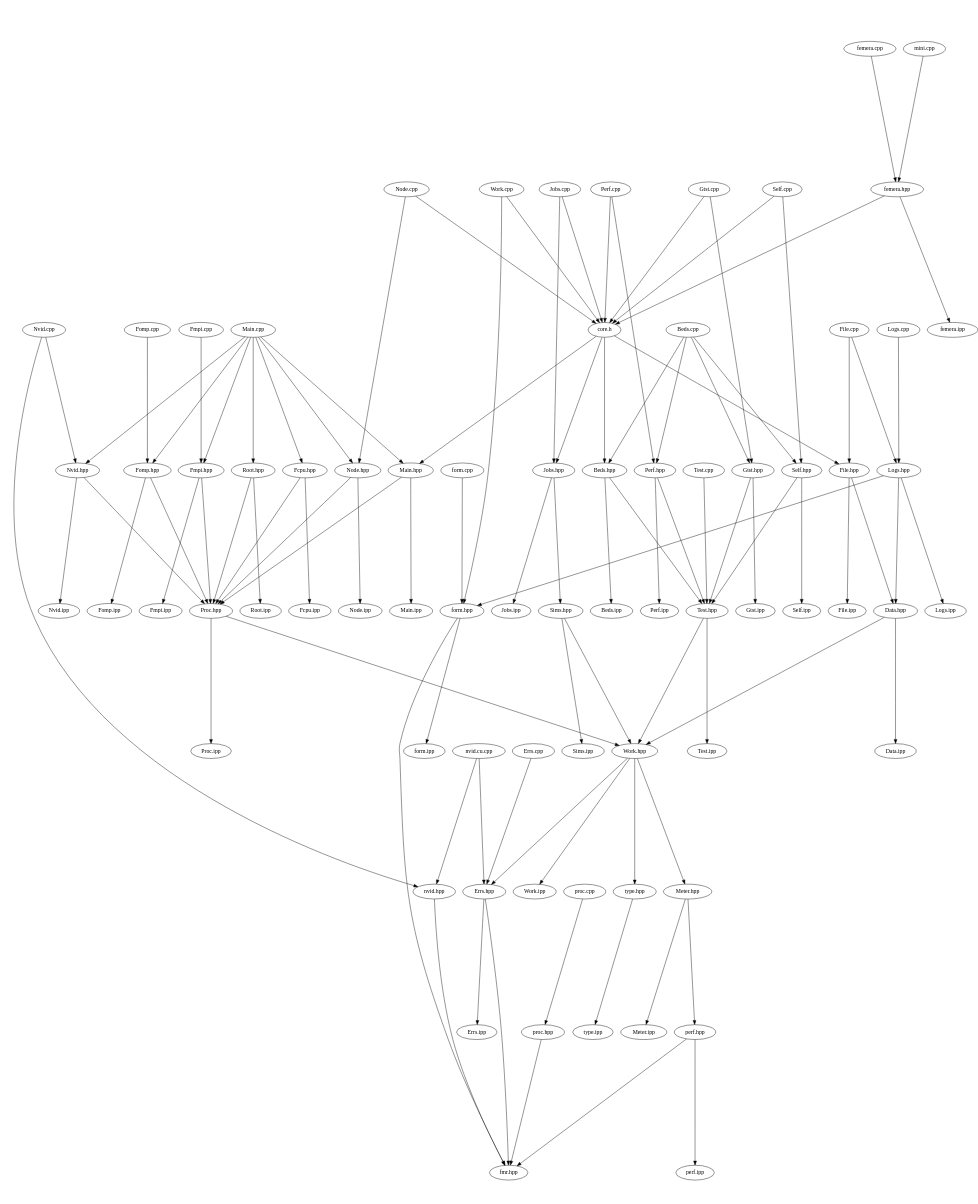
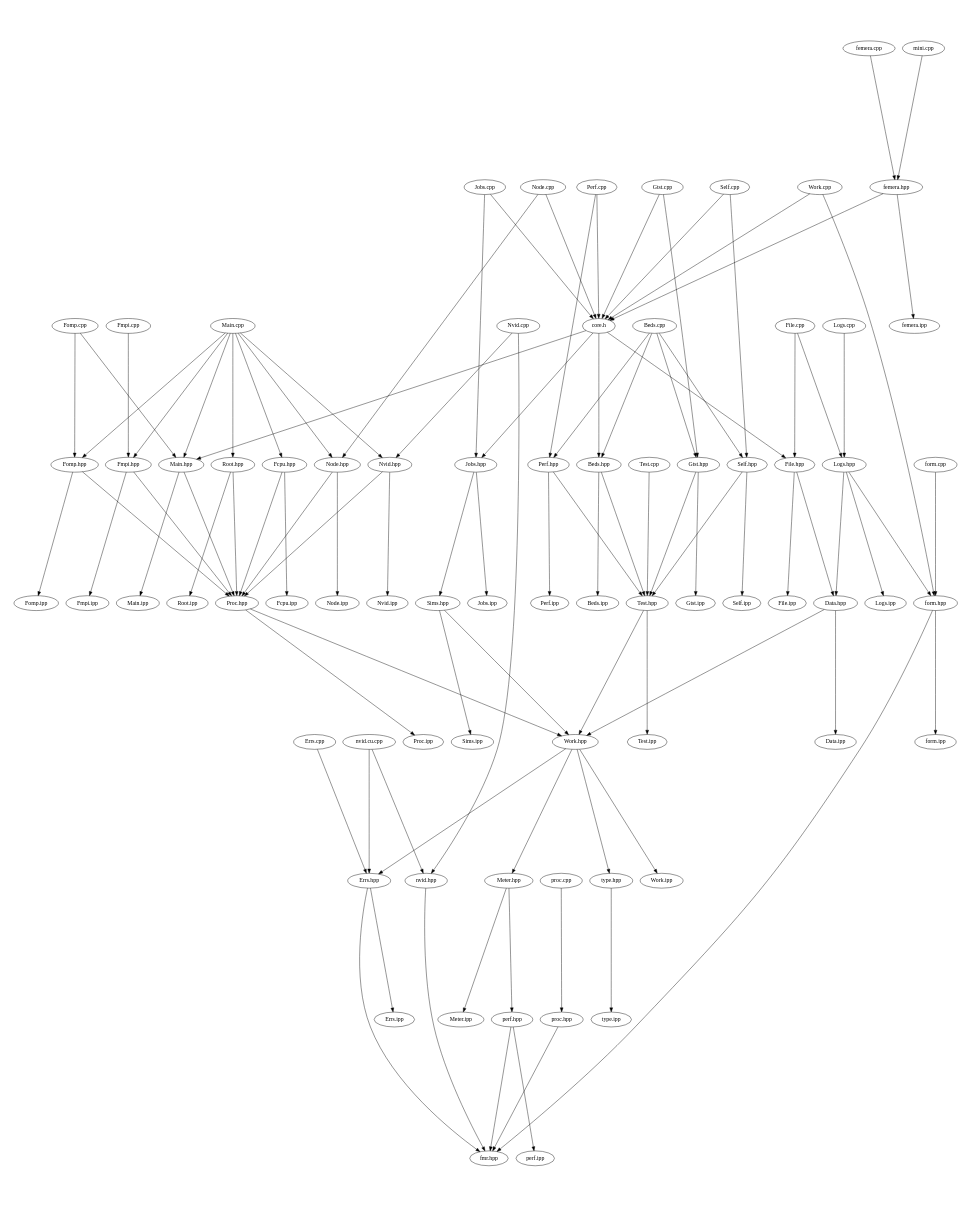
The diagram in src/docs/src-notest.dot (waggyz/femera-mini-app), drawn with Graphviz before and after one commit. The commit also changed 11 other files, not shown here.

```diff
--- a/src/docs/src-notest.dot
+++ b/src/docs/src-notest.dot
@@ -1,104 +1,105 @@
 digraph "source tree" {
     overlap=scale;
     size="8,10";
     ratio="fill";
     fontsize="16";
     fontname="Helvetica";
 	clusterrank="local";
 	"Perf.cpp" -> "core.h"
 	"Gtst.cpp" -> "core.h"
 	"Meter.hpp" -> "perf.hpp"
 	"Main.cpp" -> "Fomp.hpp"
 	"Sims.hpp" -> "Work.hpp"
 	"Errs.cpp" -> "Errs.hpp"
 	"femera.cpp" -> "femera.hpp"
 	"Work.hpp" -> "Errs.hpp"
 	"Fmpi.hpp" -> "Fmpi.ipp"
 	"Sims.hpp" -> "Sims.ipp"
 	"Jobs.hpp" -> "Jobs.ipp"
 	"Nvid.hpp" -> "Nvid.ipp"
 	"Fomp.cpp" -> "Fomp.hpp"
 	"Logs.cpp" -> "Logs.hpp"
 	"nvid.cu.cpp" -> "nvid.hpp"
 	"proc.hpp" -> "fmr.hpp"
 	"Nvid.hpp" -> "Proc.hpp"
 	"Root.hpp" -> "Proc.hpp"
 	"Main.cpp" -> "Node.hpp"
 	"Main.cpp" -> "Main.hpp"
 	"Proc.hpp" -> "Proc.ipp"
 	"Perf.hpp" -> "Perf.ipp"
 	"Perf.hpp" -> "Test.hpp"
 	"Beds.cpp" -> "Gtst.hpp"
 	"Node.cpp" -> "Node.hpp"
 	"Main.cpp" -> "Fmpi.hpp"
 	"core.h" -> "Main.hpp"
 	"Main.cpp" -> "Fcpu.hpp"
 	"Work.cpp" -> "core.h"
 	"nvid.hpp" -> "fmr.hpp"
 	"perf.hpp" -> "fmr.hpp"
 	"Beds.cpp" -> "Perf.hpp"
 	"Data.hpp" -> "Data.ipp"
 	"Beds.cpp" -> "Self.hpp"
 	"Work.hpp" -> "Work.ipp"
 	"Fmpi.hpp" -> "Proc.hpp"
 	"Test.hpp" -> "Work.hpp"
 	"Nvid.cpp" -> "nvid.hpp"
 	"Node.hpp" -> "Node.ipp"
 	"form.hpp" -> "form.ipp"
 	"Gtst.cpp" -> "Gtst.hpp"
 	"femera.hpp" -> "femera.ipp"
 	"Work.hpp" -> "type.hpp"
 	"Fcpu.hpp" -> "Proc.hpp"
 	"Fomp.hpp" -> "Proc.hpp"
 	"File.hpp" -> "File.ipp"
 	"Self.cpp" -> "core.h"
 	"Main.cpp" -> "Nvid.hpp"
 	"Meter.hpp" -> "Meter.ipp"
 	"core.h" -> "File.hpp"
 	"Fomp.hpp" -> "Fomp.ipp"
 	"Logs.hpp" -> "Data.hpp"
 	"Gtst.hpp" -> "Gtst.ipp"
 	"type.hpp" -> "type.ipp"
 	"Perf.cpp" -> "Perf.hpp"
 	"form.cpp" -> "form.hpp"
 	"File.cpp" -> "File.hpp"
 	"Self.hpp" -> "Test.hpp"
 	"perf.hpp" -> "perf.ipp"
 	"proc.cpp" -> "proc.hpp"
 	"Self.hpp" -> "Self.ipp"
 	"Node.cpp" -> "core.h"
 	"Fmpi.cpp" -> "Fmpi.hpp"
 	"File.cpp" -> "Logs.hpp"
 	"core.h" -> "Beds.hpp"
 	"Errs.hpp" -> "fmr.hpp"
 	"Fcpu.hpp" -> "Fcpu.ipp"
 	"core.h" -> "Jobs.hpp"
 	"Root.hpp" -> "Root.ipp"
 	"Errs.hpp" -> "Errs.ipp"
 	"Main.hpp" -> "Main.ipp"
 	"Test.cpp" -> "Test.hpp"
 	"nvid.cu.cpp" -> "Errs.hpp"
 	"Beds.cpp" -> "Beds.hpp"
 	"Node.hpp" -> "Proc.hpp"
 	"Main.cpp" -> "Root.hpp"
 	"Jobs.hpp" -> "Sims.hpp"
 	"Jobs.cpp" -> "Jobs.hpp"
 	"Logs.hpp" -> "Logs.ipp"
 	"Self.cpp" -> "Self.hpp"
 	"File.hpp" -> "Data.hpp"
 	"mini.cpp" -> "femera.hpp"
 	"Work.cpp" -> "form.hpp"
+	"Fomp.cpp" -> "Main.hpp"
 	"Beds.hpp" -> "Test.hpp"
 	"Proc.hpp" -> "Work.hpp"
 	"form.hpp" -> "fmr.hpp"
 	"Gtst.hpp" -> "Test.hpp"
 	"Data.hpp" -> "Work.hpp"
 	"Nvid.cpp" -> "Nvid.hpp"
 	"Beds.hpp" -> "Beds.ipp"
 	"femera.hpp" -> "core.h"
 	"Jobs.cpp" -> "core.h"
 	"Work.hpp" -> "Meter.hpp"
 	"Logs.hpp" -> "form.hpp"
 	"Main.hpp" -> "Proc.hpp"
 	"Test.hpp" -> "Test.ipp"
 }
```
